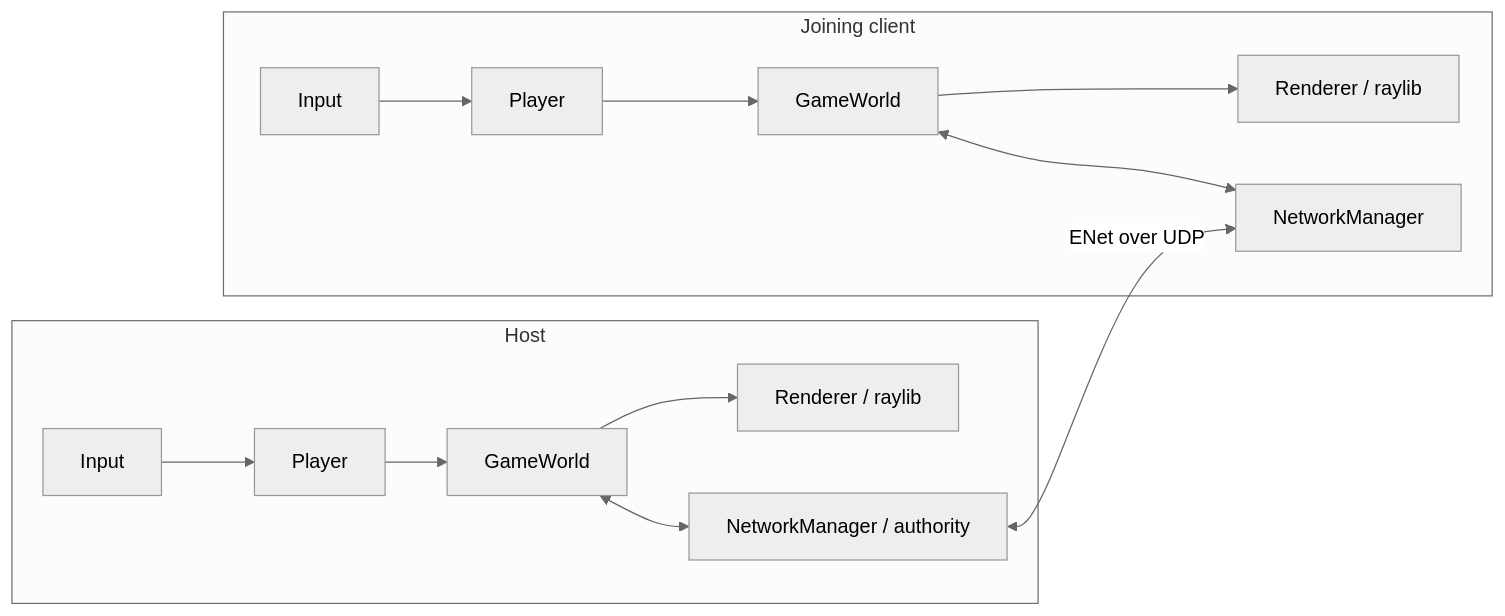
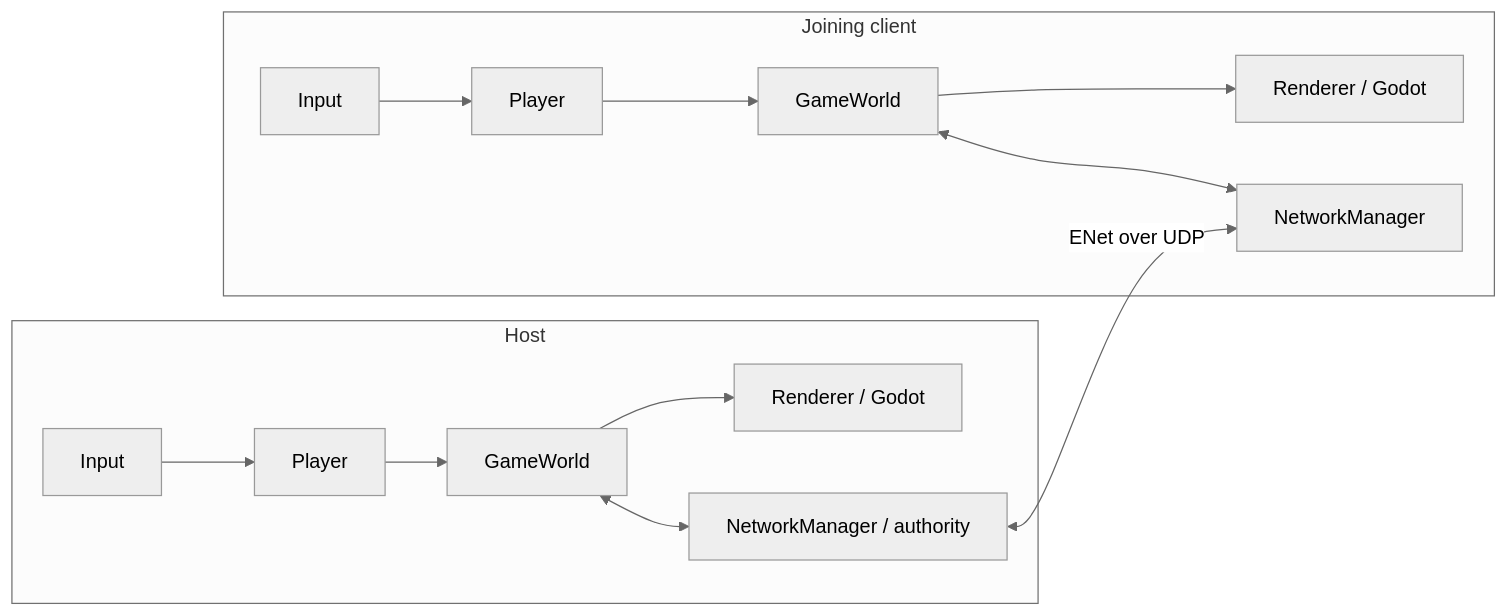
Before and after one commit to aditya9064/C-Final-Project: the fourth of 5 diagrams in README.md, drawn with Mermaid (neutral theme). The commit also changed other lines of this file and 242 other files, not shown here.

````diff
--- a/README.md
+++ b/README.md
@@ -181,16 +194,16 @@
 ```mermaid
 flowchart LR
     subgraph Host [Host]
         InputA[Input] --> PlayerA[Player]
         PlayerA --> WorldA[GameWorld]
-        WorldA --> RendererA[Renderer / raylib]
+        WorldA --> RendererA[Renderer / Godot]
         WorldA <--> NetA[NetworkManager / authority]
     end
     subgraph Client [Joining client]
         InputB[Input] --> PlayerB[Player]
         PlayerB --> WorldB[GameWorld]
-        WorldB --> RendererB[Renderer / raylib]
+        WorldB --> RendererB[Renderer / Godot]
         WorldB <--> NetB[NetworkManager]
     end
     NetA <-->|ENet over UDP| NetB
 ```
````
